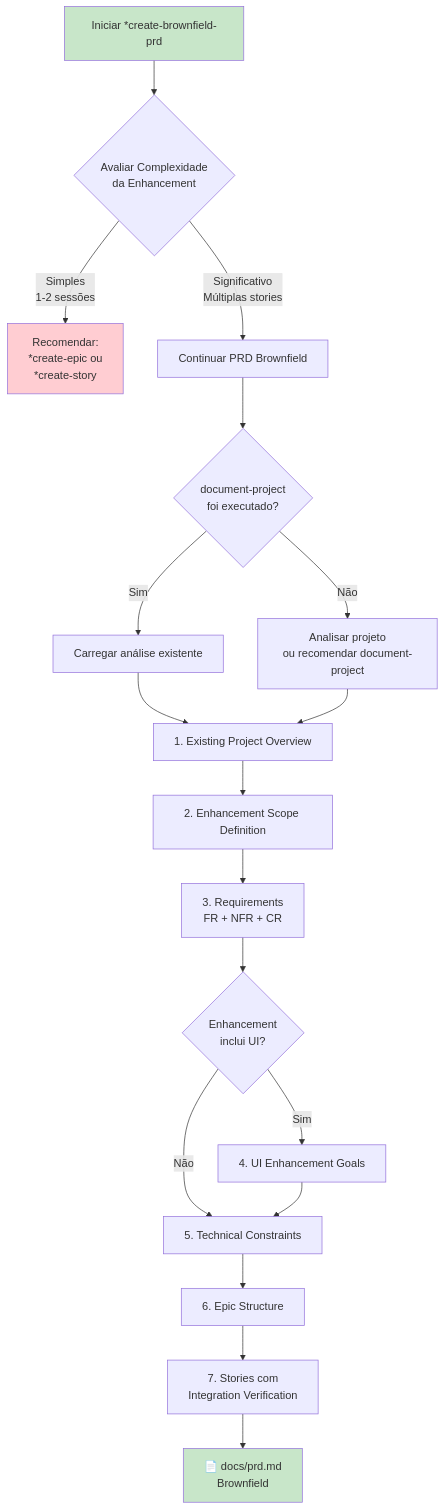
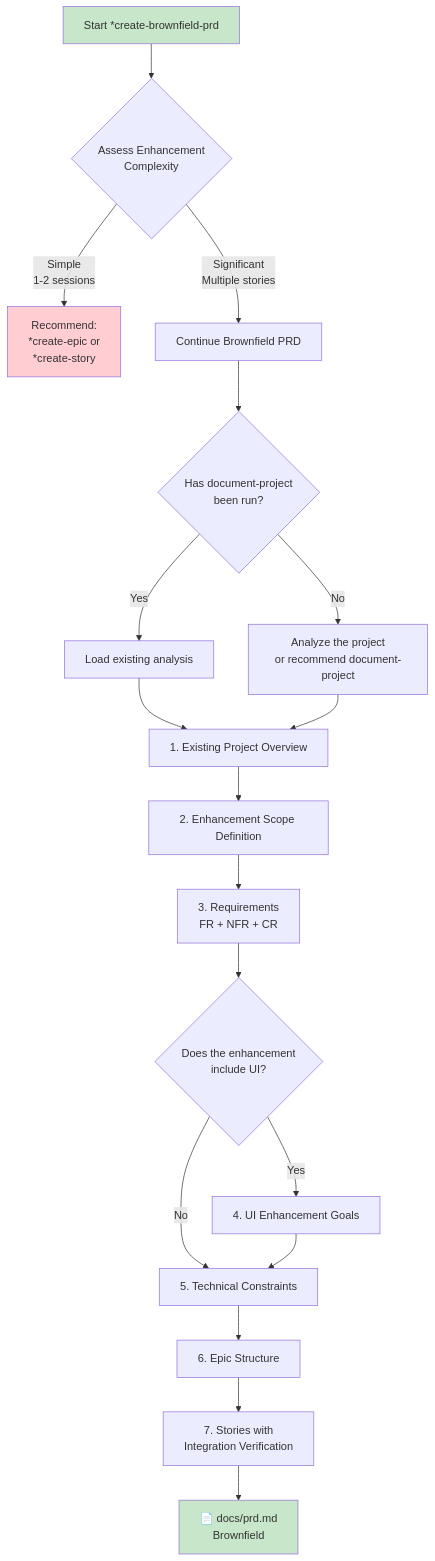
Before and after one commit to CyryxLabs/AEXOS: the third of 8 diagrams in docs/guides/agents/PM-SYSTEM.md, drawn with Mermaid. The commit also changed other lines of this file and 528 other files, not shown here.

````diff
--- a/docs/guides/agents/PM-SYSTEM.md
+++ b/docs/guides/agents/PM-SYSTEM.md
@@ -179,32 +179,32 @@
 ```mermaid
 flowchart TD
-    START[Iniciar *create-brownfield-prd] --> ASSESS{Avaliar Complexidade<br/>da Enhancement}
+    START[Start *create-brownfield-prd] --> ASSESS{Assess Enhancement<br/>Complexity}
 
-    ASSESS -->|Simples<br/>1-2 sessões| RECOMMEND_SIMPLE["Recomendar:<br/>*create-epic ou<br/>*create-story"]
-    ASSESS -->|Significativo<br/>Múltiplas stories| CONTINUE[Continuar PRD Brownfield]
+    ASSESS -->|Simple<br/>1-2 sessions| RECOMMEND_SIMPLE["Recommend:<br/>*create-epic or<br/>*create-story"]
+    ASSESS -->|Significant<br/>Multiple stories| CONTINUE[Continue Brownfield PRD]
 
-    CONTINUE --> CHECK_DOC{document-project<br/>foi executado?}
+    CONTINUE --> CHECK_DOC{Has document-project<br/>been run?}
 
-    CHECK_DOC -->|Sim| LOAD_DOC[Carregar análise existente]
-    CHECK_DOC -->|Não| ANALYZE[Analisar projeto<br/>ou recomendar document-project]
+    CHECK_DOC -->|Yes| LOAD_DOC[Load existing analysis]
+    CHECK_DOC -->|No| ANALYZE[Analyze the project<br/>or recommend document-project]
 
     LOAD_DOC --> OVERVIEW[1. Existing Project Overview]
     ANALYZE --> OVERVIEW
 
     OVERVIEW --> SCOPE[2. Enhancement Scope Definition]
     SCOPE --> REQUIREMENTS[3. Requirements<br/>FR + NFR + CR]
 
-    REQUIREMENTS --> UI{Enhancement<br/>inclui UI?}
-    UI -->|Sim| UI_ENHANCE[4. UI Enhancement Goals]
-    UI -->|Não| TECH
+    REQUIREMENTS --> UI{Does the enhancement<br/>include UI?}
+    UI -->|Yes| UI_ENHANCE[4. UI Enhancement Goals]
+    UI -->|No| TECH
     UI_ENHANCE --> TECH[5. Technical Constraints]
 
     TECH --> EPIC_STRUCT[6. Epic Structure]
-    EPIC_STRUCT --> STORIES[7. Stories com<br/>Integration Verification]
+    EPIC_STRUCT --> STORIES[7. Stories with<br/>Integration Verification]
 
     STORIES --> OUTPUT[📄 docs/prd.md<br/>Brownfield]
 
     style START fill:#c8e6c9
     style OUTPUT fill:#c8e6c9
     style RECOMMEND_SIMPLE fill:#ffcdd2
 ```
````
